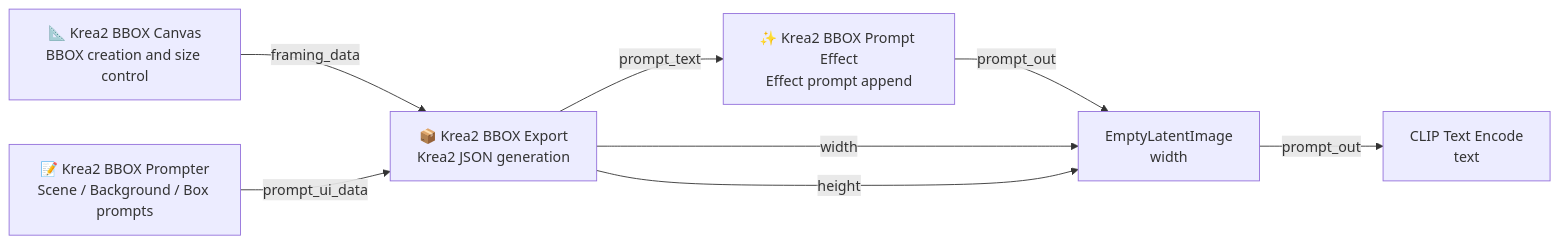
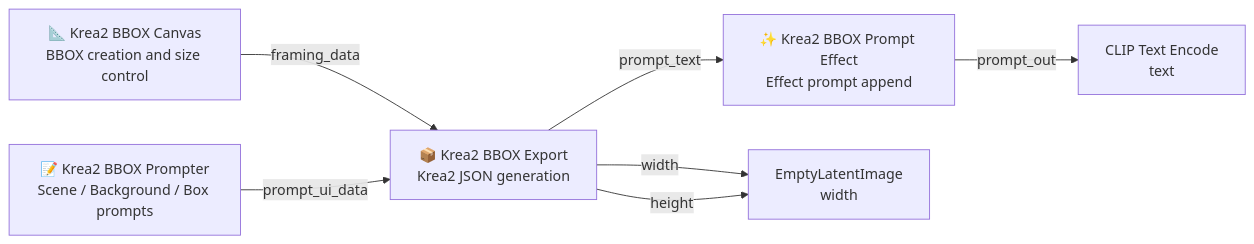
The first of 2 diagrams in README.md (ukr8b3g-cmyk/Krea2-BBOX-Prompter), drawn with Mermaid before and after one commit. The commit also changed other lines of this file and 81 other files, not shown here.

Commit message:
Sync latest BBOX suite and fix effect sizing

````diff
--- a/README.md
+++ b/README.md
@@ -120,10 +112,9 @@
 ```mermaid
 flowchart LR
     A["📐 Krea2 BBOX Canvas<br/>BBOX creation and size control"] -->|framing_data| C["📦 Krea2 BBOX Export<br/>Krea2 JSON generation"]
     B["📝 Krea2 BBOX Prompter<br/>Scene / Background / Box prompts"] -->|prompt_ui_data| C
     C -->|prompt_text| D["✨ Krea2 BBOX Prompt Effect<br/>Effect prompt append"]
-    D -->|prompt_out| F["🖼️ Krea2 BBOX Background Effect<br/>Optional background prompt append"]
-    F -->|prompt_out| E["CLIP Text Encode<br/>text"]
+    D -->|prompt_out| E["CLIP Text Encode<br/>text"]
     C -->|width| F["EmptyLatentImage<br/>width"]
     C -->|height| F
 ```
````
